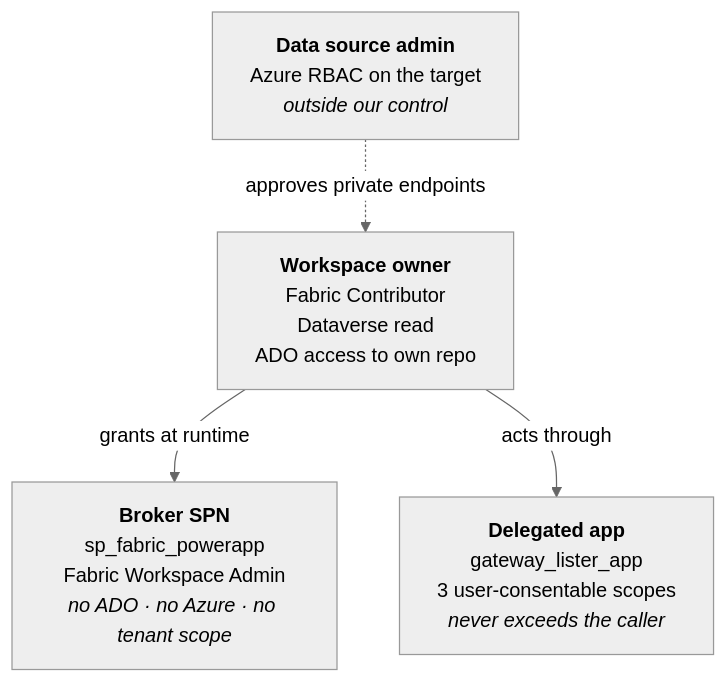
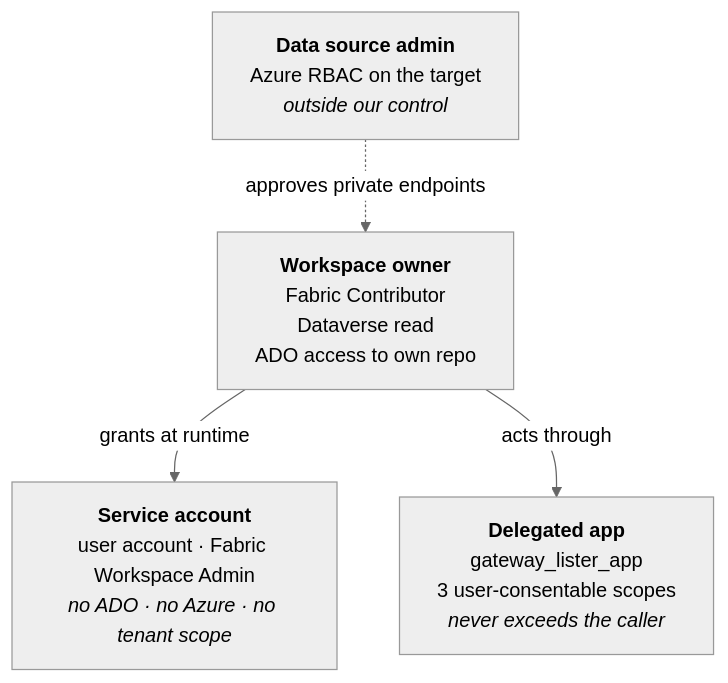
One commit to velniaszs/Fabric_Workspace_Settings changed the diagram in workspace-settings/PERMISSIONS.md. Above: the diagram before and after it, drawn with Mermaid (neutral theme). The commit also changed other lines of this file and 4 other files, not shown here.

````diff
--- a/workspace-settings/PERMISSIONS.md
+++ b/workspace-settings/PERMISSIONS.md
@@ -38,11 +38,11 @@
 ```mermaid
 flowchart TB
     OWNER["<b>Workspace owner</b><br/>Fabric Contributor<br/>Dataverse read<br/>ADO access to own repo"]
-    BROKER["<b>Broker SPN</b><br/>sp_fabric_powerapp<br/>Fabric Workspace Admin<br/><i>no ADO · no Azure · no tenant scope</i>"]
+    BROKER["<b>Service account</b><br/>user account · Fabric Workspace Admin<br/><i>no ADO · no Azure · no tenant scope</i>"]
     DELEG["<b>Delegated app</b><br/>gateway_lister_app<br/>3 user-consentable scopes<br/><i>never exceeds the caller</i>"]
     APPROVER["<b>Data source admin</b><br/>Azure RBAC on the target<br/><i>outside our control</i>"]
 
     OWNER -->|"grants at runtime"| BROKER
     OWNER -->|"acts through"| DELEG
     APPROVER -.->|"approves private endpoints"| OWNER
 ```
````
